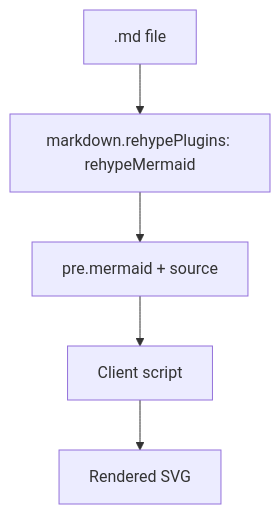
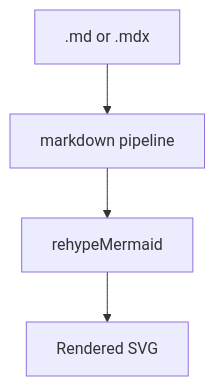
Before and after one commit to sjdhome/html-ppt: the diagram in src/content/presentations/sample-md.md, drawn with Mermaid. The commit also changed other lines of this file and 5 other files, not shown here.

First line of the commit message:
Unify the Markdown pipeline so .md matches .mdx

````diff
--- a/src/content/presentations/sample-md.md
+++ b/src/content/presentations/sample-md.md
@@ -13,7 +16,6 @@
 ```mermaid
 flowchart TD
-  A[.md file] --> B[markdown.rehypePlugins: rehypeMermaid]
-  B --> C[pre.mermaid + source]
-  C --> D[Client script]
-  D --> E[Rendered SVG]
+  A[.md or .mdx] --> B[markdown pipeline]
+  B --> C[rehypeMermaid]
+  C --> D[Rendered SVG]
 ```
````
